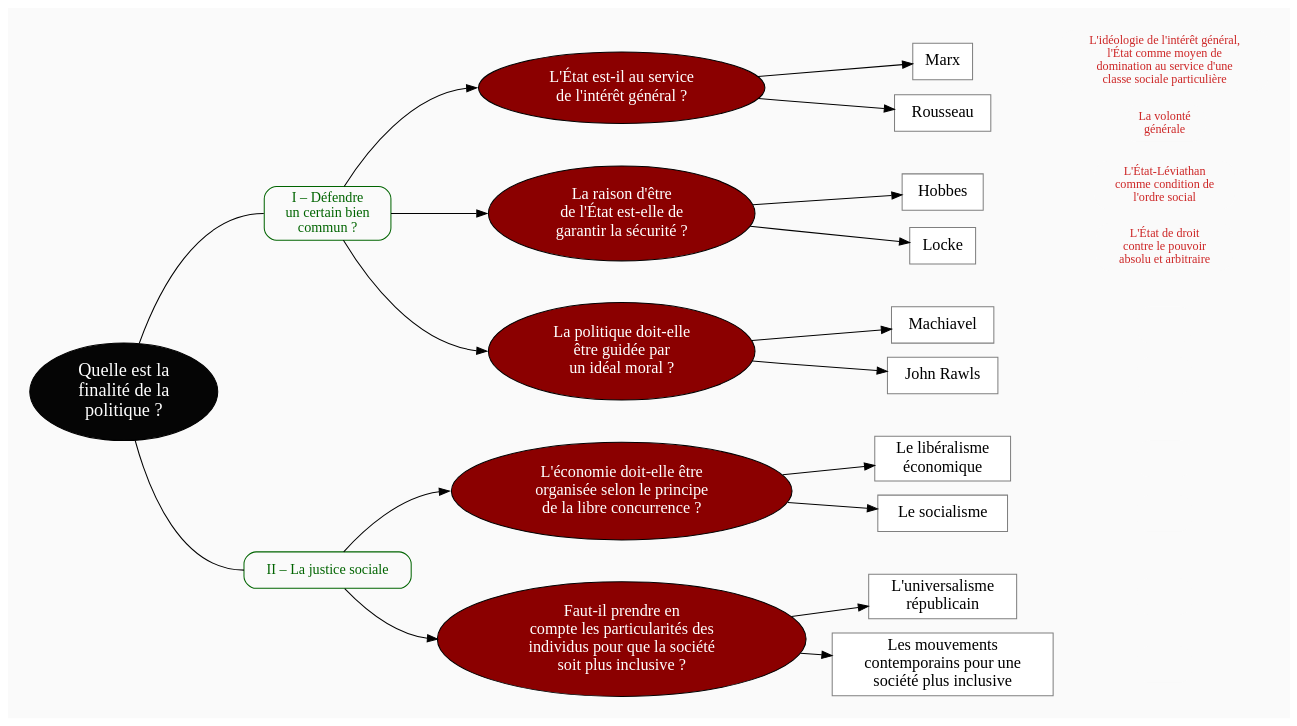
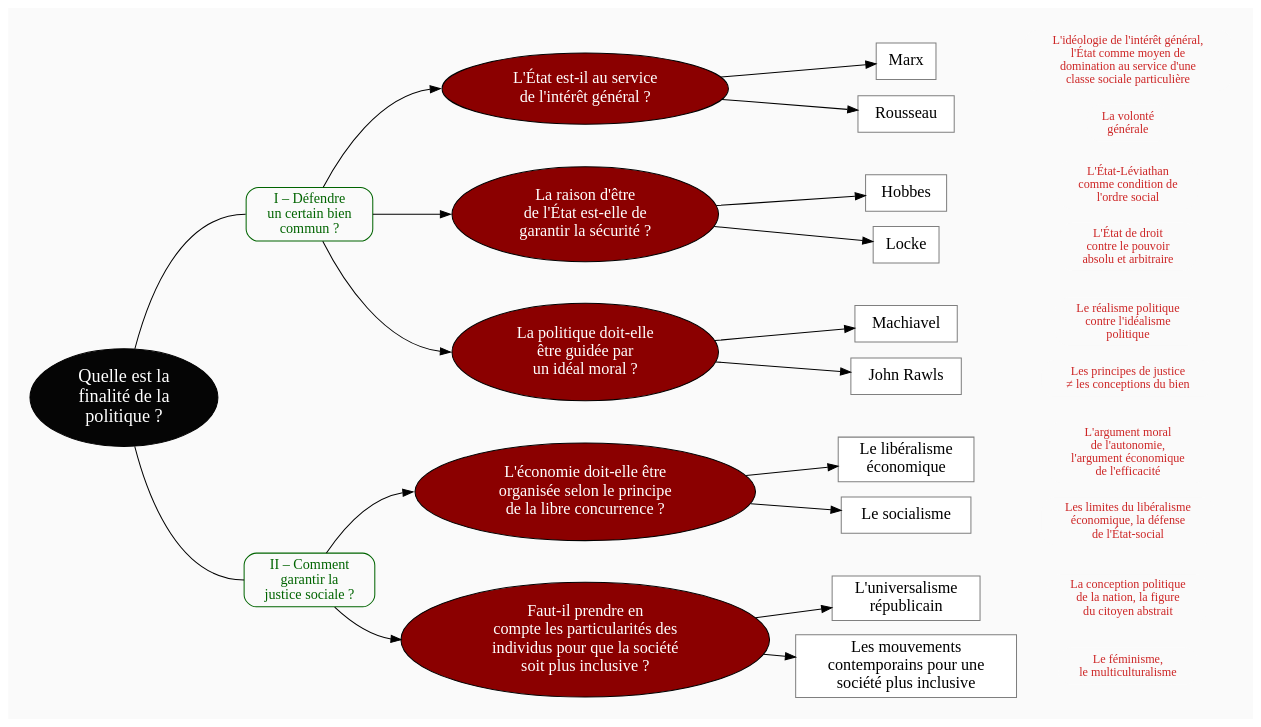
The diagram in plans/plan-cours-details-politique.dot (eyssette/graphviz-examples), drawn with Graphviz before and after one commit. The commit also changed 1 other file, not shown here.

Commit message:
Add : plan cours sur la politique

```diff
--- a/plans/plan-cours-details-politique.dot
+++ b/plans/plan-cours-details-politique.dot
@@ -1,152 +1,165 @@
 digraph G {
 // Template : diagram
 // Usage : 
 rankdir=LR
 splines=true
 //splines=curved
 bgcolor=grey98
 pad=0.3
 style=filled
 edge[minlen=3]
 node[style=filled, fontcolor=white]
 ranksep=0.1
 nodesep=0.2
 
 // NIVEAU 1
 node[fillcolor=grey2, fontsize=18]
 a1[label="Quelle est la
 finalité de la
 politique ?"]
 
 // NIVEAU 2
 node[fontsize=14, shape=rect, fillcolor=grey98, fontcolor=darkgreen, color=darkgreen, style="filled, rounded"]
 a1->p1[headport=w, arrowhead=none]
 a1->p2[headport=w, arrowhead=none]
 
 p1[label="I – Défendre
 un certain bien
 commun ?"]
-p2[label="II – La justice sociale"]
+p2[label="II – Comment
+garantir la
+justice sociale ?"]
 
 {rank=same;p1->p2[style=invis, minlen=22]}
 
 node[fontcolor=black, fontsize=16]
 // NIVEAU 3 (sans intermédiaire)
 node [shape=box, fillcolor=white, color=grey50]
 // c1[label=""]
 
 
 
 // INTERMÉDIAIRE AVANT NIVEAU 3
 node[fillcolor=red4, shape=oval, fontcolor=white, color=black, style="filled"]
 // [arrowhead=none]
 // bc1[label=""]
 p1->b1[headport=w]
 p1->b2[headport=w]
 p1->b3[headport=w]
 p2->b4[headport=w]
 p2->b5[headport=w]
 b1[label="L'État est-il au service
 de l'intérêt général ?", margin=0.1]    
 b2[label="La raison d'être
 de l'État est-elle de
 garantir la sécurité ?", margin=0.09]
 b3[label="La politique doit-elle
 être guidée par
 un idéal moral ?", margin=0.1]
 b4[label="L'économie doit-elle être
 organisée selon le principe
 de la libre concurrence ?", margin=0.1]
 b5[label="Faut-il prendre en
 compte les particularités des
 individus pour que la société
 soit plus inclusive ?"]
 
 
 
 
 {rank=same;b1->b2->b3->b4->b5[style=invis, minlen=3]}
 
 // NIVEAU 3 (avec intermédiaire)
 node[fillcolor=white, shape=box, color=grey50, fontcolor=black]
 // c1[label=""]
 b1->{c1,c2}
 c1[label="Marx"]
 c2[label="Rousseau"]
 
 b2->{c3,c4}
 c3[label="Hobbes"]
 c4[label="Locke"]
 
 b3->{c5,c6}
 c5[label="Machiavel"]
 c6[label="John Rawls"]
 
 b4->{c7,c8}
 c7[label="Le libéralisme
 économique"]
 c8[label="Le socialisme"]
 
 b5->{c9,c10}
 c9[label="L'universalisme
 républicain"]
 c10[label="Les mouvements
 contemporains pour une
 société plus inclusive"]
 
 
 {rank=same;c2->c3[style=invis, minlen=3]}
 {rank=same;c4->c5[style=invis, minlen=3]}
 {rank=same;c6->c7[style=invis, minlen=3]}
 {rank=same;c8->c9[style=invis, minlen=3]}
 
 // NIVEAU 4
 node[style="filled,rounded", fillcolor=white, shape=box, color=grey50]
 // d1[label=""]
 
 
 // ÉTIQUETTES EN ROUGE
 node[shape=plaintext, fontcolor=firebrick3, fillcolor=grey98, fontsize=12]
 // e1[label=< <B>= Titre</B><BR /><BR />Contenu<BR /> >]
 // e1[label=""]
 // ->e1[minlen=1, style=invis]
 
 e1[label="L'idéologie de l'intérêt général,
 l'État comme moyen de
 domination au service d'une
 classe sociale particulière"]
 e2[label="La volonté
 générale"]
 e3[label="L'État-Léviathan
 comme condition de
 l'ordre social"]
 e4[label="L'État de droit
 contre le pouvoir
 absolu et arbitraire"]
-e5[label=""]
-e6[label=""]
-e7[label=""]
-e8[label=""]
-e9[label=""]
-e10[label=""]
+e5[label="Le réalisme politique
+contre l'idéalisme
+politique"]
+e6[label="Les principes de justice
+≠ les conceptions du bien"]
+e7[label="L'argument moral
+de l'autonomie,
+l'argument économique
+de l'efficacité"]
+e8[label="Les limites du libéralisme
+économique, la défense
+de l'État-social"]
+e9[label="La conception politique
+de la nation, la figure
+du citoyen abstrait"]
+e10[label="Le féminisme,
+le multiculturalisme"]
 
 c1->e1[minlen=1, style=invis]
 c2->e2[minlen=1, style=invis]
 c3->e3[minlen=1, style=invis]
 c4->e4[minlen=1, style=invis]
 c5->e5[minlen=1, style=invis]
 c6->e6[minlen=1, style=invis]
 c7->e7[minlen=1, style=invis]
 c8->e8[minlen=1, style=invis]
 c9->e9[minlen=1, style=invis]
 c10->e10[minlen=1, style=invis]
 
 
 // REMARQUES EN BLEU
 node[color=blue, shape=box, margin=0.07, fontcolor=black, fontsize=12, style="dashed", penwidth=0.6]
 edge[color=blue, arrowhead="none", xlabel="", style="dashed", penwidth=0.6]
 // r1[label=""]
 // {rank=same;->r1}
 // {rank=same;r1->[dir=back]}
 
 }
```
